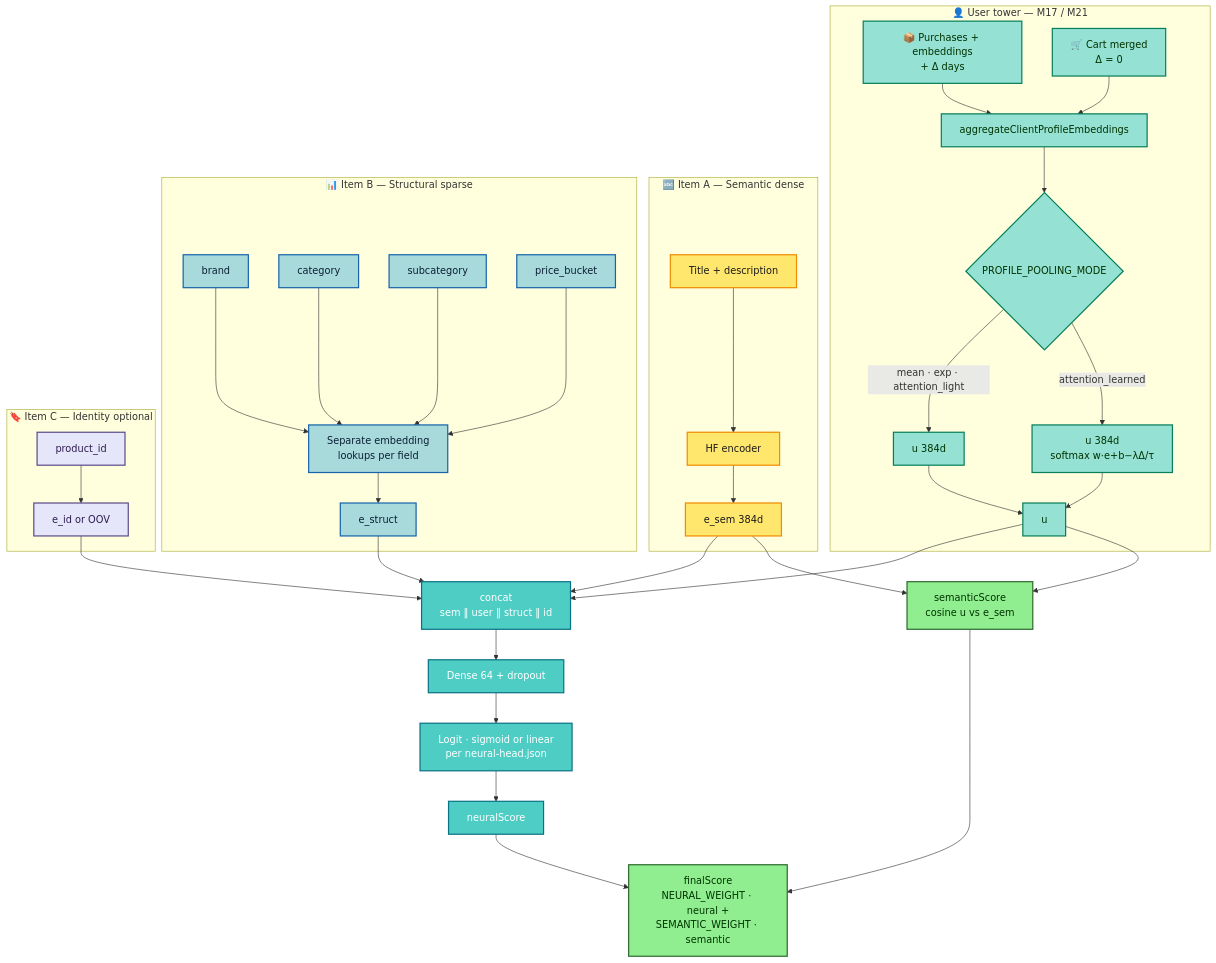
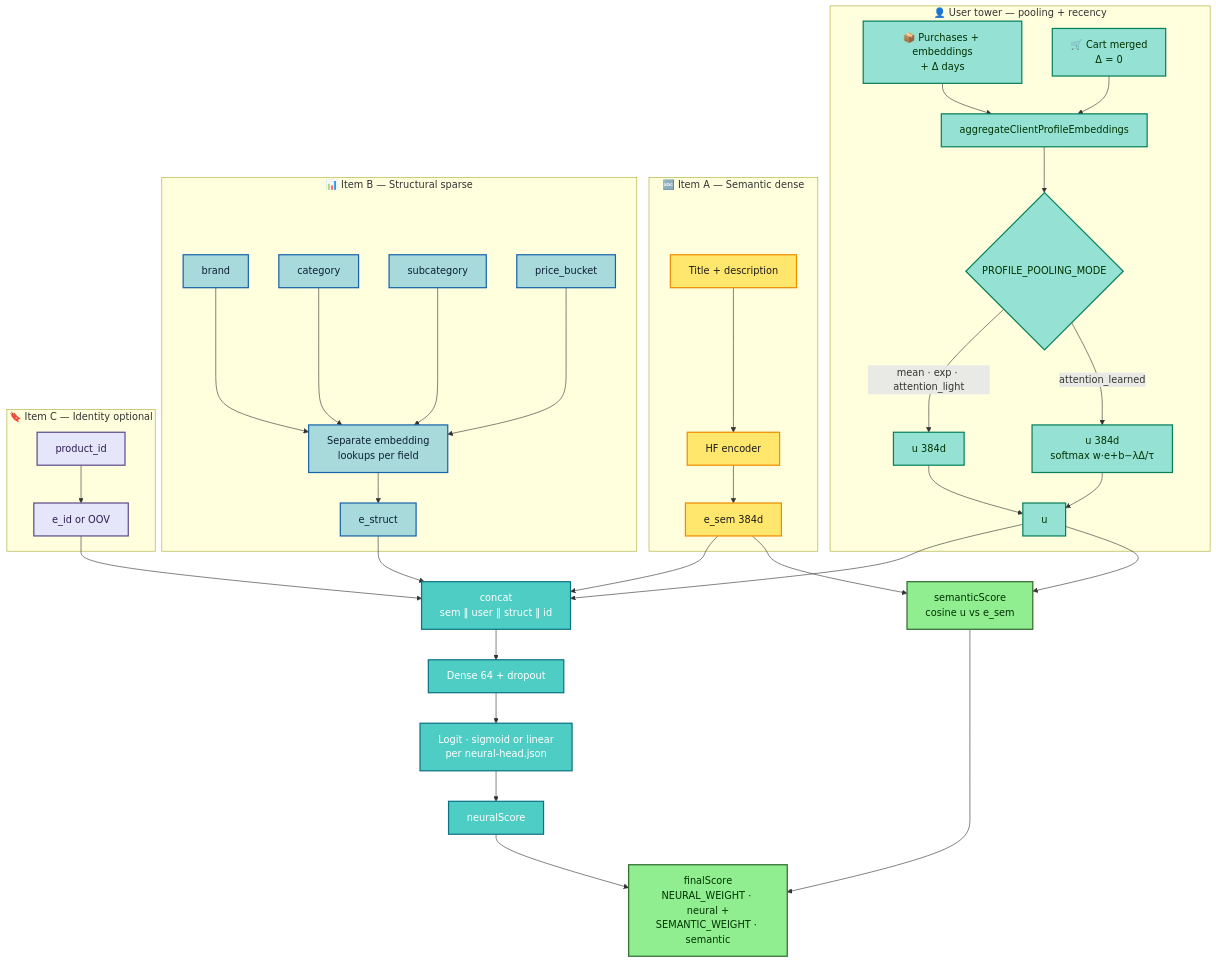
Before and after one commit to gabrielgrillorosa/smart-marketplace-recommender: the tenth of 16 diagrams in README.md, drawn with Mermaid. The commit also changed other lines of this file and 1 other file, not shown here.

````diff
--- a/README.md
+++ b/README.md
@@ -701,56 +717,56 @@
 ```mermaid
 flowchart TB
-  subgraph UT["👤 User tower — M17 / M21"]
+  subgraph UT["👤 User tower — pooling + recency"]
     HIST["📦 Purchases + embeddings\n+ Δ days"] --> AGG["aggregateClientProfileEmbeddings"]
     CART["🛒 Cart merged\nΔ = 0"] --> AGG
     AGG --> PMODE{"PROFILE_POOLING_MODE"}
     PMODE -->|"mean · exp · attention_light"| U1["u 384d"]
     PMODE -->|"attention_learned"| U2["u 384d\nsoftmax w·e+b−λΔ/τ"]
     U1 --> UVEC["u"]
     U2 --> UVEC
   end
 
   subgraph SEM["🔤 Item A — Semantic dense"]
     TXT["Title + description"] --> ENC["HF encoder"]
     ENC --> ESEM["e_sem 384d"]
   end
 
   subgraph STR["📊 Item B — Structural sparse"]
     BK["brand"] --> EV["Separate embedding\nlookups per field"]
     CK["category"] --> EV
     SK["subcategory"] --> EV
     PK["price_bucket"] --> EV
     EV --> EST["e_struct"]
   end
 
   subgraph IDN["🔖 Item C — Identity optional"]
     PID["product_id"] --> EID["e_id or OOV"]
   end
 
   UVEC --> CAT["concat\nsem ‖ user ‖ struct ‖ id"]
   ESEM --> CAT
   EST --> CAT
   EID --> CAT
   CAT --> D64["Dense 64 + dropout"]
   D64 --> LOGIT["Logit · sigmoid or linear\nper neural-head.json"]
   LOGIT --> NSCR["neuralScore"]
 
   ESEM --> COS["semanticScore\ncosine u vs e_sem"]
   UVEC --> COS
   NSCR --> FIN["finalScore\nNEURAL_WEIGHT · neural +\nSEMANTIC_WEIGHT · semantic"]
   COS --> FIN
 
   classDef userN fill:#95E1D3,stroke:#087F5B,stroke-width:2px,color:#003300
   classDef semN fill:#FFE66D,stroke:#F08C00,stroke-width:2px,color:#1a1a1a
   classDef strN fill:#A8DADC,stroke:#1864AB,stroke-width:2px,color:#0B1F33
   classDef idN fill:#E6E6FA,stroke:#5C4D8A,stroke-width:2px,color:#2d1b4e
   classDef fuseN fill:#4ECDC4,stroke:#0B7285,stroke-width:2px,color:#ffffff
   classDef outN fill:#90EE90,stroke:#2F6B2F,stroke-width:2px,color:#003300
 
   class HIST,CART,AGG,PMODE,U1,U2,UVEC userN
   class TXT,ENC,ESEM semN
   class BK,CK,SK,PK,EV,EST strN
   class PID,EID idN
   class CAT,D64,LOGIT,NSCR fuseN
   class COS,FIN outN
 ```
````
